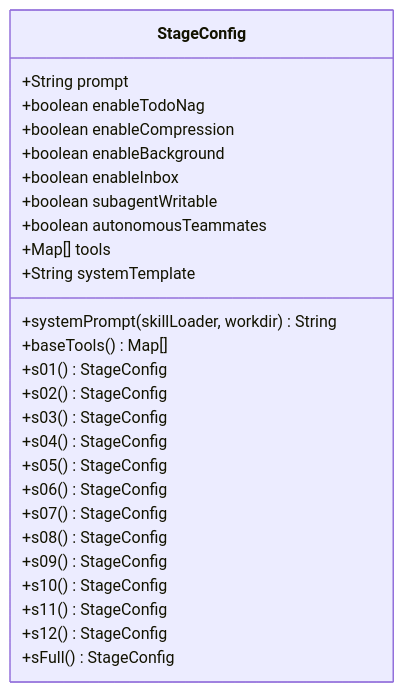
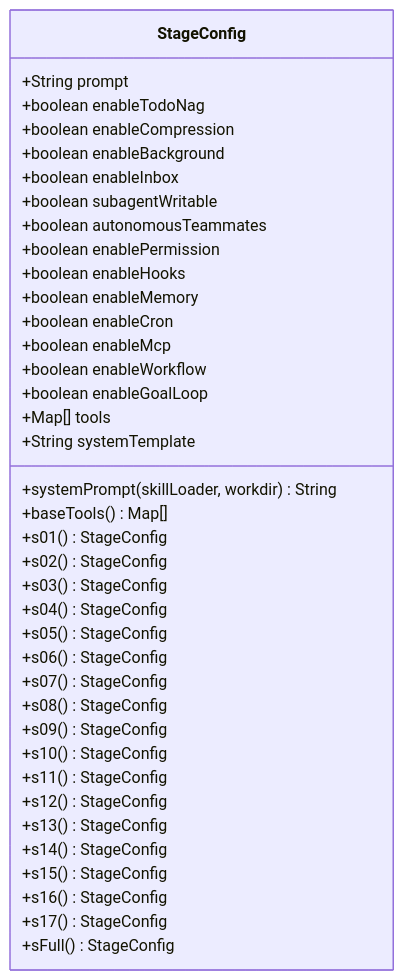
One commit to chenlds1994/learn-claude-code-java changed the fourth of 8 diagrams in .qoder/repowiki/zh/content/开发者指南/开发者指南.md. Above: the diagram before and after it, drawn with Mermaid. The commit also changed other lines of this file and 143 other files, not shown here.

First line of the commit message:
更新 repowiki 与 drawio 教程图至 17 阶段结构

````diff
--- a/.qoder/repowiki/zh/content/开发者指南/开发者指南.md
+++ b/.qoder/repowiki/zh/content/开发者指南/开发者指南.md
@@ -180,29 +180,41 @@
 ```mermaid
 classDiagram
 class StageConfig {
 +String prompt
 +boolean enableTodoNag
 +boolean enableCompression
 +boolean enableBackground
 +boolean enableInbox
 +boolean subagentWritable
 +boolean autonomousTeammates
++boolean enablePermission
++boolean enableHooks
++boolean enableMemory
++boolean enableCron
++boolean enableMcp
++boolean enableWorkflow
++boolean enableGoalLoop
 +Map[] tools
 +String systemTemplate
 +systemPrompt(skillLoader, workdir) String
 +baseTools() Map[]
 +s01() StageConfig
 +s02() StageConfig
 +s03() StageConfig
 +s04() StageConfig
 +s05() StageConfig
 +s06() StageConfig
 +s07() StageConfig
 +s08() StageConfig
 +s09() StageConfig
 +s10() StageConfig
 +s11() StageConfig
 +s12() StageConfig
++s13() StageConfig
++s14() StageConfig
++s15() StageConfig
++s16() StageConfig
++s17() StageConfig
 +sFull() StageConfig
 }
 ```
````
